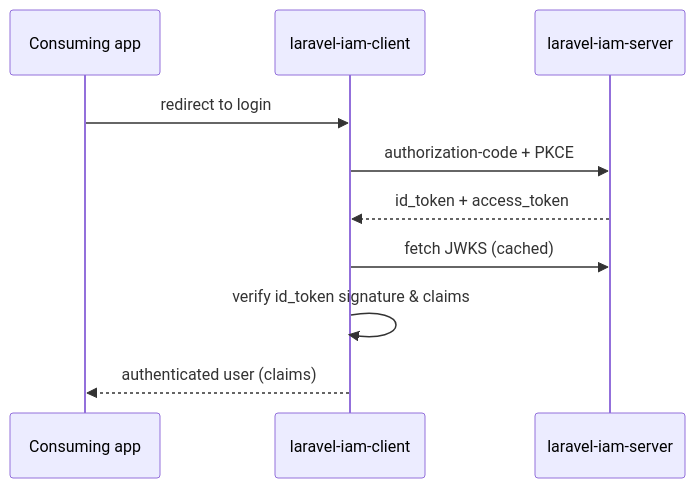
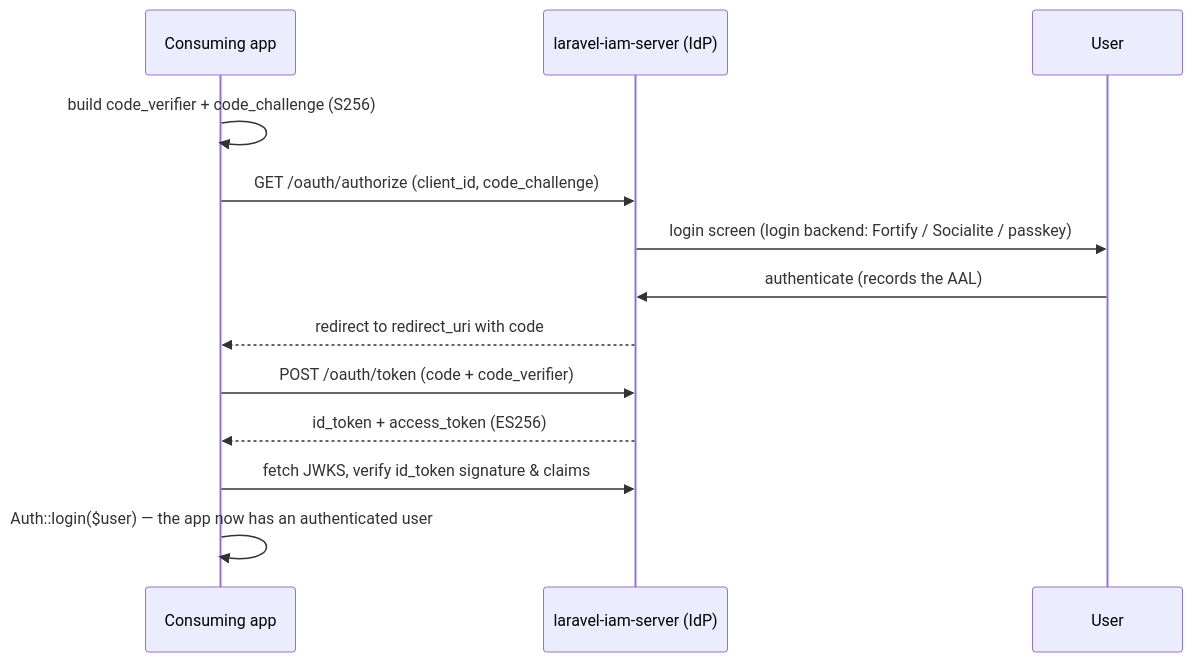
Before and after one commit to padosoft/laravel-iam-server: the diagram in docs-site/docs/guides/oidc-login.md, drawn with Mermaid. The commit also changed other lines of this file, not shown here.

First line of the commit message:
docs(guides): correct OIDC login flow — the client does authorization, not the login handshake

````diff
--- a/docs-site/docs/guides/oidc-login.md
+++ b/docs-site/docs/guides/oidc-login.md
@@ -31,12 +38,15 @@
 ```mermaid
 sequenceDiagram
     participant App as Consuming app
-    participant Client as laravel-iam-client
-    participant IdP as laravel-iam-server
-    App->>Client: redirect to login
-    Client->>IdP: authorization-code + PKCE
-    IdP-->>Client: id_token + access_token
-    Client->>IdP: fetch JWKS (cached)
-    Client->>Client: verify id_token signature & claims
-    Client-->>App: authenticated user (claims)
+    participant IdP as laravel-iam-server (IdP)
+    participant User
+    App->>App: build code_verifier + code_challenge (S256)
+    App->>IdP: GET /oauth/authorize (client_id, code_challenge)
+    IdP->>User: login screen (login backend: Fortify / Socialite / passkey)
+    User->>IdP: authenticate (records the AAL)
+    IdP-->>App: redirect to redirect_uri with code
+    App->>IdP: POST /oauth/token (code + code_verifier)
+    IdP-->>App: id_token + access_token (ES256)
+    App->>IdP: fetch JWKS, verify id_token signature & claims
+    App->>App: Auth::login($user) — the app now has an authenticated user
 ```
````
